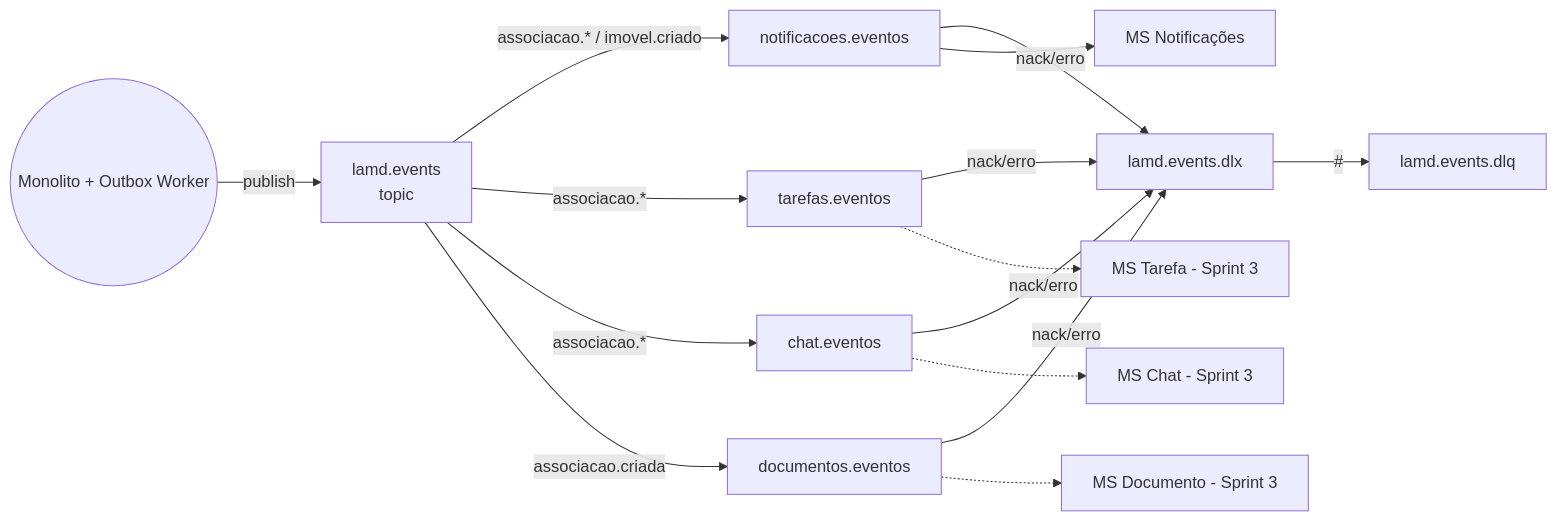
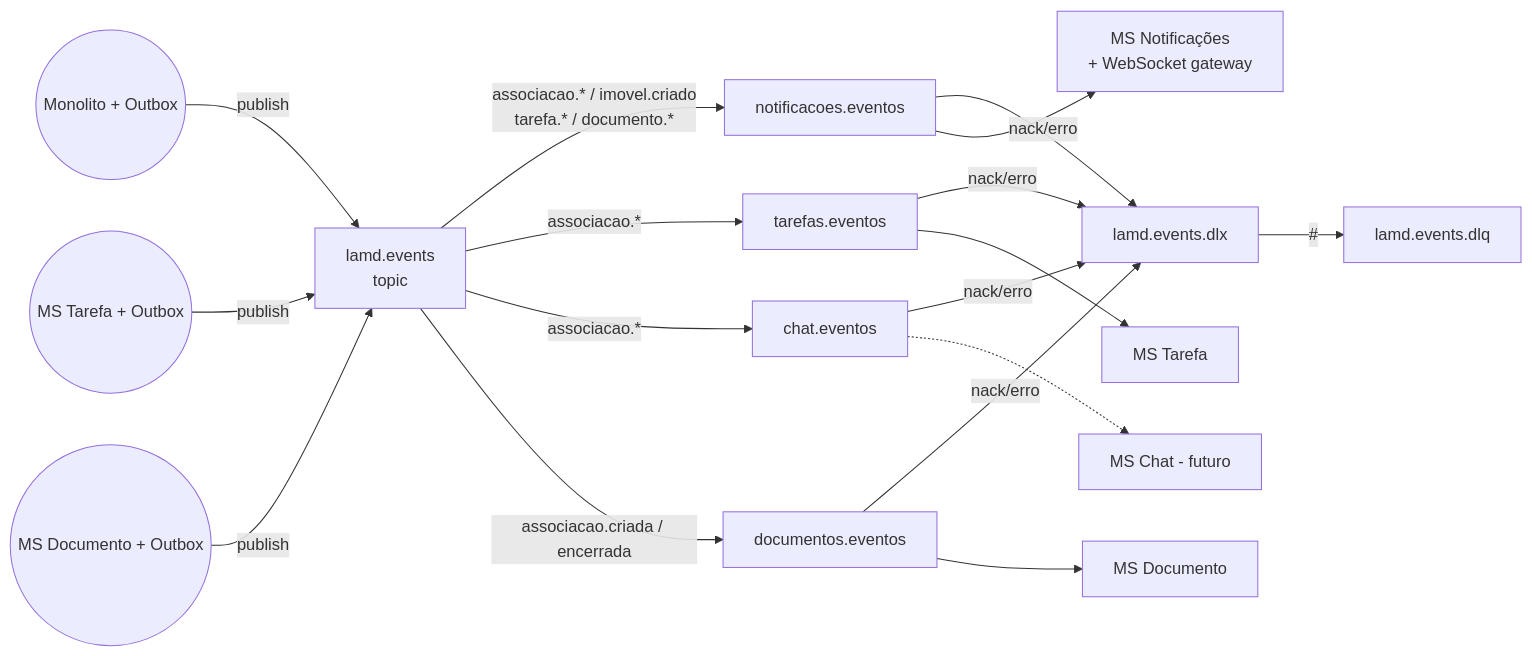
One commit to eversbrehh/aluguel-tempor-rio-de-residencia changed the diagram in docs/events.md. Above: the diagram before and after it, drawn with Mermaid. The commit also changed other lines of this file and 159 other files, not shown here.

````diff
--- a/docs/events.md
+++ b/docs/events.md
@@ -33,17 +33,19 @@
 ```mermaid
 flowchart LR
-  Monolito((Monolito + Outbox Worker)) -- publish --> EX[lamd.events<br/>topic]
-  EX -- associacao.* / imovel.criado --> QN[notificacoes.eventos]
+  Monolito((Monolito + Outbox)) -- publish --> EX[lamd.events<br/>topic]
+  MSTout((MS Tarefa + Outbox)) -- publish --> EX
+  MSDout((MS Documento + Outbox)) -- publish --> EX
+  EX -- associacao.* / imovel.criado<br/>tarefa.* / documento.* --> QN[notificacoes.eventos]
   EX -- associacao.* --> QT[tarefas.eventos]
   EX -- associacao.* --> QC[chat.eventos]
-  EX -- associacao.criada --> QD[documentos.eventos]
+  EX -- associacao.criada / encerrada --> QD[documentos.eventos]
   QN -- nack/erro --> DLX[lamd.events.dlx]
   QT -- nack/erro --> DLX
   QC -- nack/erro --> DLX
   QD -- nack/erro --> DLX
   DLX -- "#" --> DLQ[lamd.events.dlq]
-  QN --> MN[MS Notificações]
-  QT -.-> MT[MS Tarefa - Sprint 3]
-  QC -.-> MC[MS Chat - Sprint 3]
-  QD -.-> MD[MS Documento - Sprint 3]
+  QN --> MN[MS Notificações<br/>+ WebSocket gateway]
+  QT --> MT[MS Tarefa]
+  QC -.-> MC[MS Chat - futuro]
+  QD --> MD[MS Documento]
 ```
````
